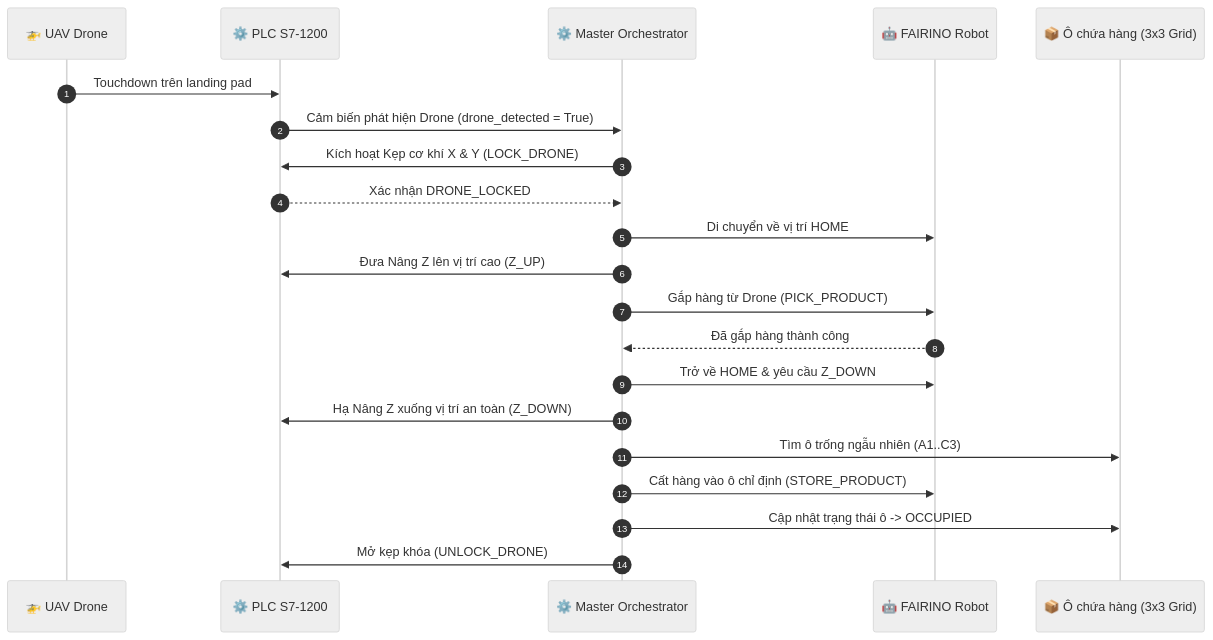
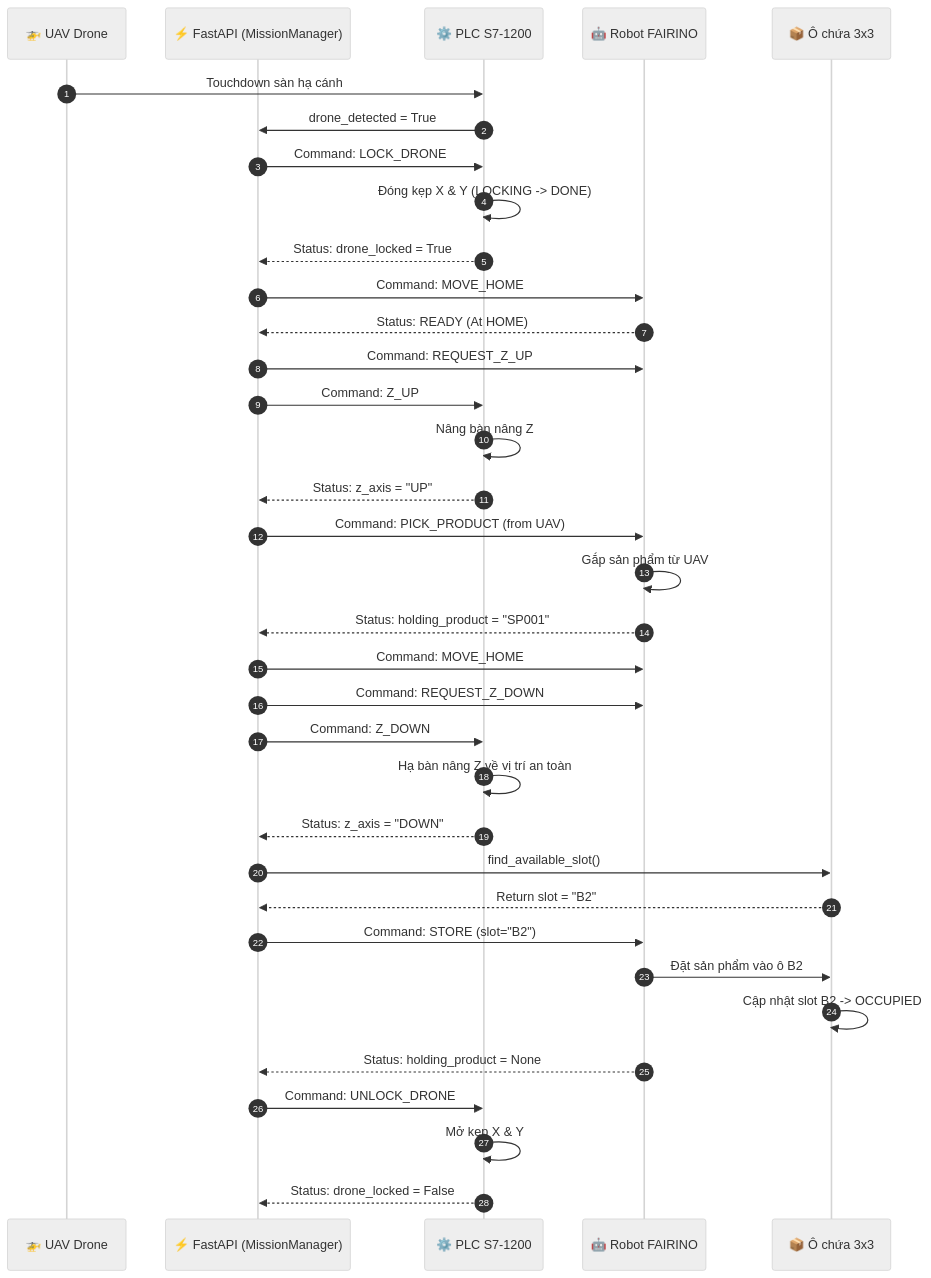
One commit to padungaz/drone-delivery-system changed the fourth of 11 diagrams in docs/system-design.md. Above: the diagram before and after it, drawn with Mermaid (neutral theme). The commit also changed other lines of this file and 1 other file, not shown here.

````diff
--- a/docs/system-design.md
+++ b/docs/system-design.md
@@ -96,24 +169,44 @@
 ```mermaid
 sequenceDiagram
     autonumber
     participant UAV as 🚁 UAV Drone
+    participant Backend as ⚡ FastAPI (MissionManager)
     participant PLC as ⚙️ PLC S7-1200
-    participant Orch as ⚙️ Master Orchestrator
-    participant Robot as 🤖 FAIRINO Robot
-    participant Storage as 📦 Ô chứa hàng (3x3 Grid)
+    participant Robot as 🤖 Robot FAIRINO
+    participant Grid as 📦 Ô chứa 3x3
 
-    UAV->>PLC: Touchdown trên landing pad
-    PLC->>Orch: Cảm biến phát hiện Drone (drone_detected = True)
-    Orch->>PLC: Kích hoạt Kẹp cơ khí X & Y (LOCK_DRONE)
-    PLC-->>Orch: Xác nhận DRONE_LOCKED
-    Orch->>Robot: Di chuyển về vị trí HOME
-    Orch->>PLC: Đưa Nâng Z lên vị trí cao (Z_UP)
-    Orch->>Robot: Gắp hàng từ Drone (PICK_PRODUCT)
-    Robot-->>Orch: Đã gắp hàng thành công
-    Orch->>Robot: Trở về HOME & yêu cầu Z_DOWN
-    Orch->>PLC: Hạ Nâng Z xuống vị trí an toàn (Z_DOWN)
-    Orch->>Storage: Tìm ô trống ngẫu nhiên (A1..C3)
-    Orch->>Robot: Cất hàng vào ô chỉ định (STORE_PRODUCT)
-    Orch->>Storage: Cập nhật trạng thái ô -> OCCUPIED
-    Orch->>PLC: Mở kẹp khóa (UNLOCK_DRONE)
+    UAV->>PLC: Touchdown sàn hạ cánh
+    PLC->>Backend: drone_detected = True
+    Backend->>PLC: Command: LOCK_DRONE
+    PLC->>PLC: Đóng kẹp X & Y (LOCKING -> DONE)
+    PLC-->>Backend: Status: drone_locked = True
+    
+    Backend->>Robot: Command: MOVE_HOME
+    Robot-->>Backend: Status: READY (At HOME)
+
+    Backend->>Robot: Command: REQUEST_Z_UP
+    Backend->>PLC: Command: Z_UP
+    PLC->>PLC: Nâng bàn nâng Z
+    PLC-->>Backend: Status: z_axis = "UP"
+
+    Backend->>Robot: Command: PICK_PRODUCT (from UAV)
+    Robot->>Robot: Gắp sản phẩm từ UAV
+    Robot-->>Backend: Status: holding_product = "SP001"
+
+    Backend->>Robot: Command: MOVE_HOME
+    Backend->>Robot: Command: REQUEST_Z_DOWN
+    Backend->>PLC: Command: Z_DOWN
+    PLC->>PLC: Hạ bàn nâng Z về vị trí an toàn
+    PLC-->>Backend: Status: z_axis = "DOWN"
+
+    Backend->>Grid: find_available_slot()
+    Grid-->>Backend: Return slot = "B2"
+    Backend->>Robot: Command: STORE (slot="B2")
+    Robot->>Grid: Đặt sản phẩm vào ô B2
+    Grid->>Grid: Cập nhật slot B2 -> OCCUPIED
+    Robot-->>Backend: Status: holding_product = None
+
+    Backend->>PLC: Command: UNLOCK_DRONE
+    PLC->>PLC: Mở kẹp X & Y
+    PLC-->>Backend: Status: drone_locked = False
 ```
````
